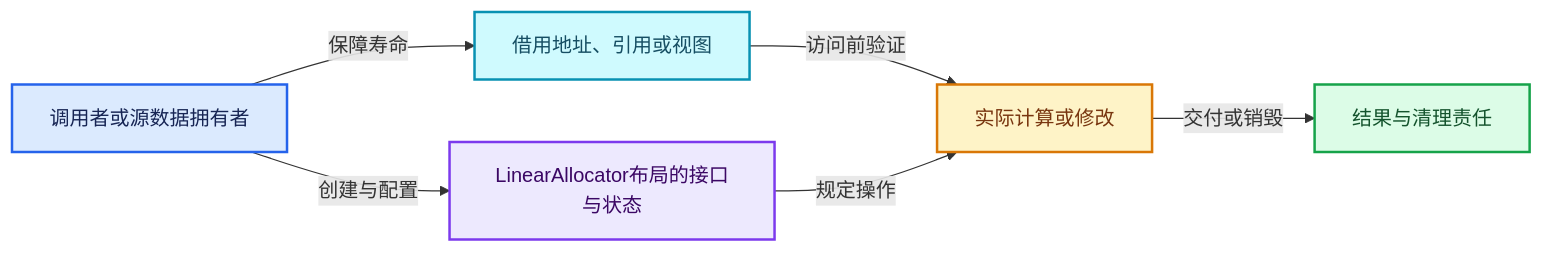
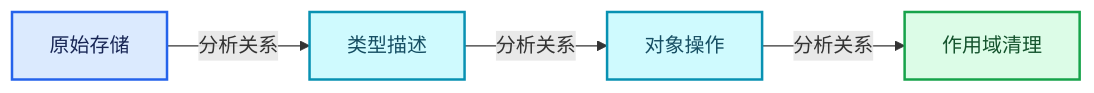
One commit to yunkezengren/blender-.vscode changed the third of 4 diagrams in 杂/markdown/全面学习-codex/03-内存分配与运行时类型/02-LinearAllocator布局.md. Above: the diagram before and after it, drawn with Mermaid. The commit also changed other lines of this file and 1930 other files, not shown here.

````diff
--- a/杂/markdown/全面学习-codex/03-内存分配与运行时类型/02-LinearAllocator布局.md
+++ b/杂/markdown/全面学习-codex/03-内存分配与运行时类型/02-LinearAllocator布局.md
@@ -486,19 +79,16 @@
 ```mermaid
 flowchart LR
-  O["调用者或源数据拥有者"]:::input
-  V["LinearAllocator布局的接口与状态"]:::abstraction
-  B["借用地址、引用或视图"]:::data
-  W["实际计算或修改"]:::compute
-  R["结果与清理责任"]:::result
-  O -->|"创建与配置"| V
-  O -->|"保障寿命"| B
-  B -->|"访问前验证"| W
-  V -->|"规定操作"| W
-  W -->|"交付或销毁"| R
+  P0["原始存储"]:::input
+  P1["类型描述"]:::data
+  P2["对象操作"]:::data
+  P3["作用域清理"]:::result
+  P0 -->|"分析关系"| P1
+  P1 -->|"分析关系"| P2
+  P2 -->|"分析关系"| P3
   classDef input fill:#DBEAFE,stroke:#2563EB,color:#172554,stroke-width:2px;
   classDef data fill:#CFFAFE,stroke:#0891B2,color:#164E63,stroke-width:2px;
   classDef abstraction fill:#EDE9FE,stroke:#7C3AED,color:#3B0764,stroke-width:2px;
   classDef compute fill:#FEF3C7,stroke:#D97706,color:#78350F,stroke-width:2px;
   classDef result fill:#DCFCE7,stroke:#16A34A,color:#14532D,stroke-width:2px;
   classDef error fill:#FEE2E2,stroke:#DC2626,color:#7F1D1D,stroke-width:2px;
 ```
````
